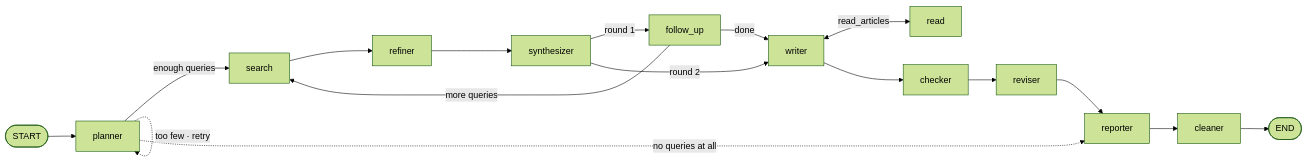
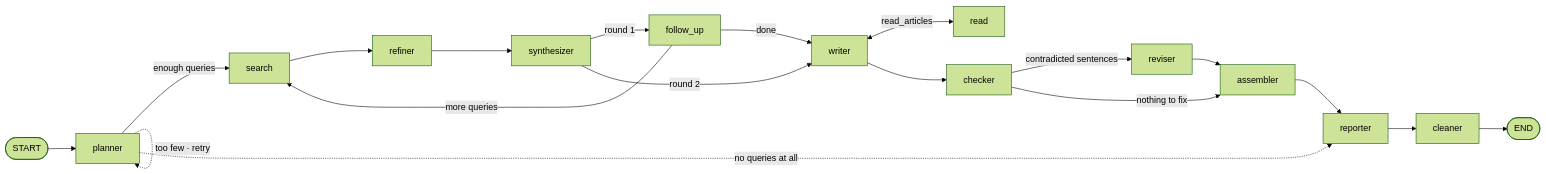
Before and after one commit to rocknroll17/langgraph_news_agent: the diagram in README.md, drawn with Mermaid (forest theme). The commit also changed other lines of this file and 20 other files, not shown here.

````diff
--- a/README.md
+++ b/README.md
@@ -62,19 +62,21 @@
 ```mermaid
 flowchart LR
     ST([START]) --> P[planner]
     P -->|enough queries| S[search]
     P -.->|too few · retry| P
     P -.->|no queries at all| RP
     S --> RF[refiner]
     RF --> SY[synthesizer]
     SY -->|round 1| FU[follow_up]
     SY -->|round 2| W
     FU -->|more queries| S
     FU -->|done| W[writer]
     W <-->|read_articles| RD[read]
     W --> C[checker]
-    C --> R[reviser]
-    R --> RP[reporter]
+    C -->|contradicted sentences| R[reviser]
+    C -->|nothing to fix| A
+    R --> A[assembler]
+    A --> RP[reporter]
     RP --> CL[cleaner]
     CL --> E([END])
 ```
````
